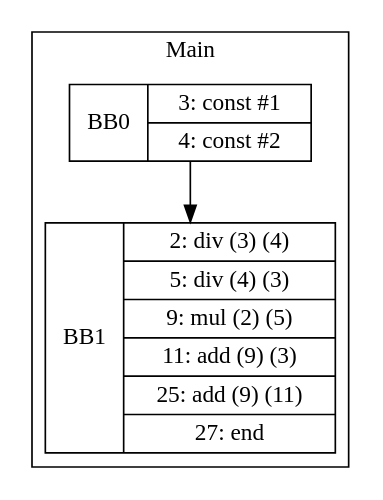
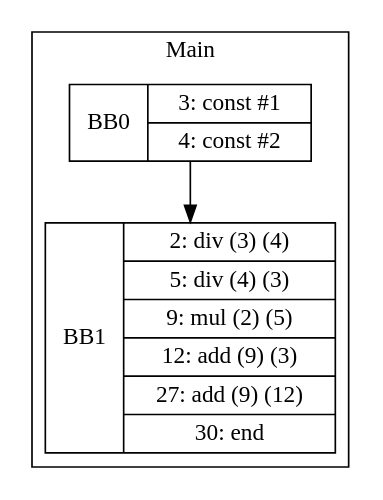
The diagram in visualization/cbelem/simple/CSEOperandAgnostic-div.gv (zjc664656505/UCI-CS241-Advanced-Compiler-main), drawn with Graphviz before and after one commit. The commit also changed 13 other files, not shown here.

```diff
--- a/visualization/cbelem/simple/CSEOperandAgnostic-div.gv
+++ b/visualization/cbelem/simple/CSEOperandAgnostic-div.gv
@@ -1,9 +1,9 @@
 digraph G {
 node [shape=record];
 subgraph cluster_main{
 label = "Main";
 BB0 [shape=record, label="<b>BB0|{3: const #1|4: const #2}"];
-BB1 [shape=record, label="<b>BB1|{2: div (3) (4)|5: div (4) (3)|9: mul (2) (5)|11: add (9) (3)|25: add (9) (11)|27: end}"];
+BB1 [shape=record, label="<b>BB1|{2: div (3) (4)|5: div (4) (3)|9: mul (2) (5)|12: add (9) (3)|27: add (9) (12)|30: end}"];
 }
 BB0:s -> BB1:n ;
 }
```
